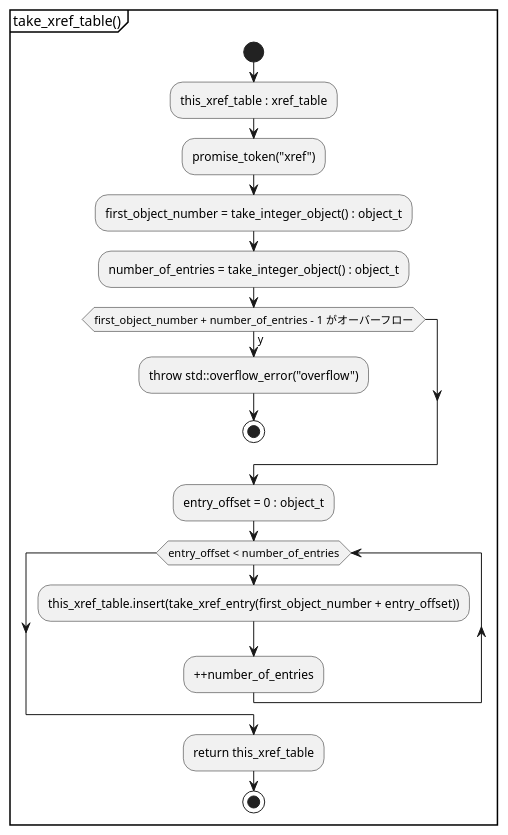
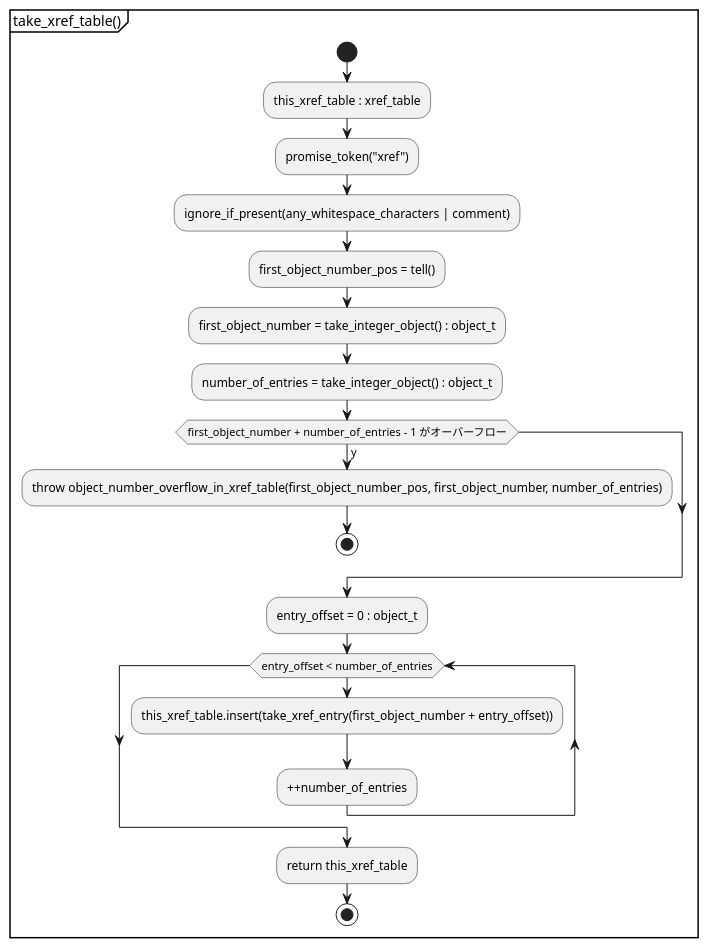
One commit to KodaiYM/PDFReader changed the third of 5 diagrams in document/document_reader/ipdfstream/ipdfstream.activity.pu. Above: the diagram before and after it, drawn with PlantUML. The commit also changed other lines of this file and 23 other files, not shown here.

```diff
--- a/document/document_reader/ipdfstream/ipdfstream.activity.pu
+++ b/document/document_reader/ipdfstream/ipdfstream.activity.pu
@@ -38,23 +38,25 @@
 @startuml take_xref_table
 partition "take_xref_table()" {
 start
 	:this_xref_table : xref_table;
 	:promise_token("xref");
 
+	:ignore_if_present(any_whitespace_characters | comment);
+	:first_object_number_pos = tell();
 	:first_object_number = take_integer_object() : object_t;
 	:number_of_entries = take_integer_object() : object_t;
 
 	if (first_object_number + number_of_entries - 1 がオーバーフロー) then (y)
-		:throw std::overflow_error("overflow");
+		:throw object_number_overflow_in_xref_table(first_object_number_pos, first_object_number, number_of_entries);
 		stop
 	endif
 
 	:entry_offset = 0 : object_t;
 	while (entry_offset < number_of_entries)
 		:this_xref_table.insert(take_xref_entry(first_object_number + entry_offset));
 		:++number_of_entries;
 	endwhile
 	:return this_xref_table;
 stop
 }
 @enduml
```
